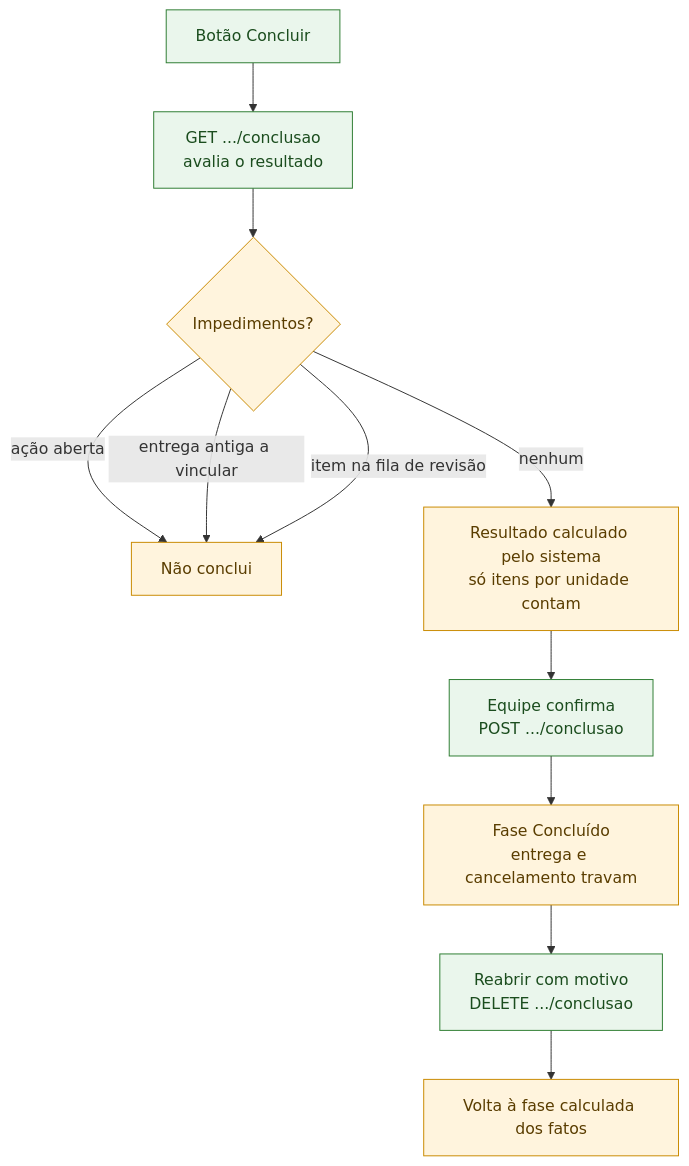
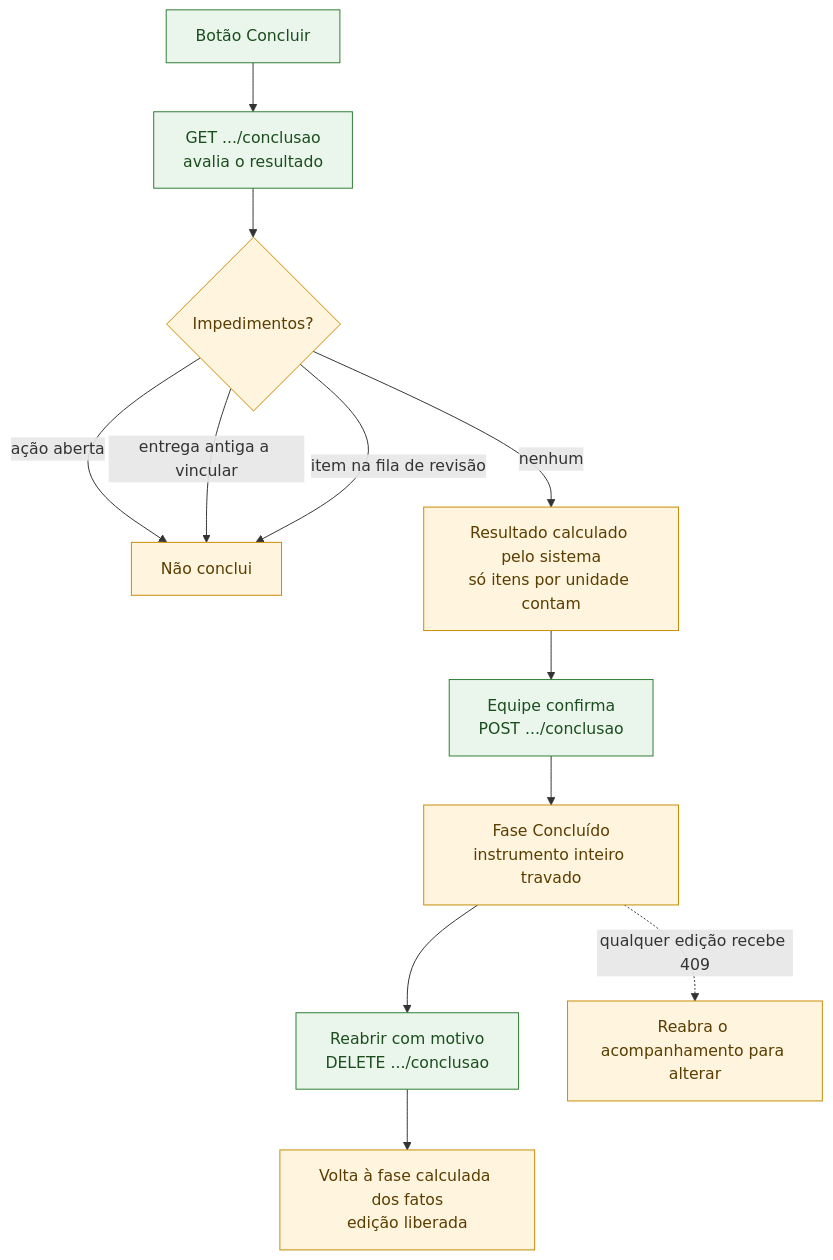
One commit to devs-ministerio/par_equipamentos changed the sixth of 11 diagrams in docs/arquitetura/mapa-monitoramento-interno-2026-11-19.md. Above: the diagram before and after it, drawn with Mermaid. The commit also changed other lines of this file and 2 other files, not shown here.

Commit message:
docs: mapa do monitoramento (revisão 2) e trava de edição no instrumento concluído

````diff
--- a/docs/arquitetura/mapa-monitoramento-interno-2026-11-19.md
+++ b/docs/arquitetura/mapa-monitoramento-interno-2026-11-19.md
@@ -129,15 +201,16 @@
 ```mermaid
 flowchart TB
     classDef regra fill:#FFF4DD,stroke:#C98A00,color:#5a3d00
     classDef acao fill:#EAF6EC,stroke:#2E7D32,color:#1b4d1e
     A["Botão Concluir"]:::acao --> AV["GET .../conclusao<br/>avalia o resultado"]:::acao
     AV --> IMP{"Impedimentos?"}:::regra
     IMP -->|"ação aberta"| X["Não conclui"]:::regra
     IMP -->|"entrega antiga a vincular"| X
     IMP -->|"item na fila de revisão"| X
     IMP -->|"nenhum"| RES["Resultado calculado pelo sistema<br/>só itens por unidade contam"]:::regra
     RES --> CONF["Equipe confirma<br/>POST .../conclusao"]:::acao
-    CONF --> FIM["Fase Concluído<br/>entrega e cancelamento travam"]:::regra
+    CONF --> FIM["Fase Concluído<br/>instrumento inteiro travado"]:::regra
     FIM --> REAB["Reabrir com motivo<br/>DELETE .../conclusao"]:::acao
-    REAB --> VOLTA["Volta à fase calculada dos fatos"]:::regra
+    REAB --> VOLTA["Volta à fase calculada dos fatos<br/>edição liberada"]:::regra
+    FIM -. "qualquer edição recebe 409" .-> BLOQ["Reabra o acompanhamento para alterar"]:::regra
 ```
````
